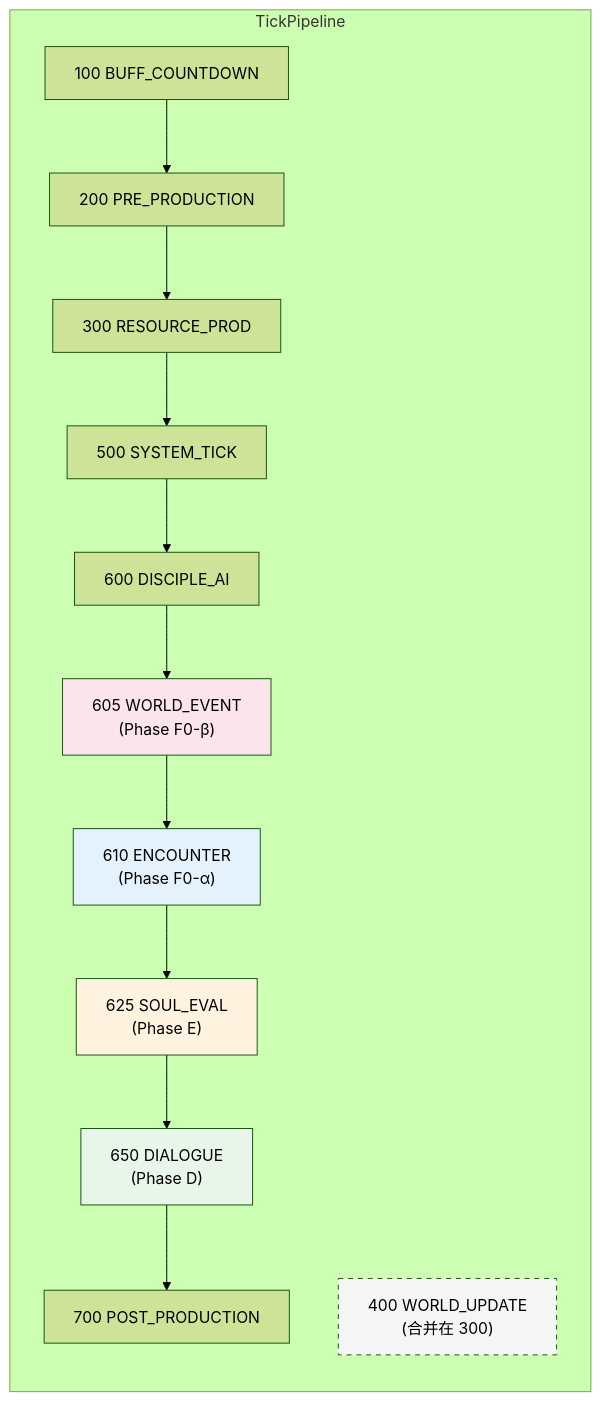
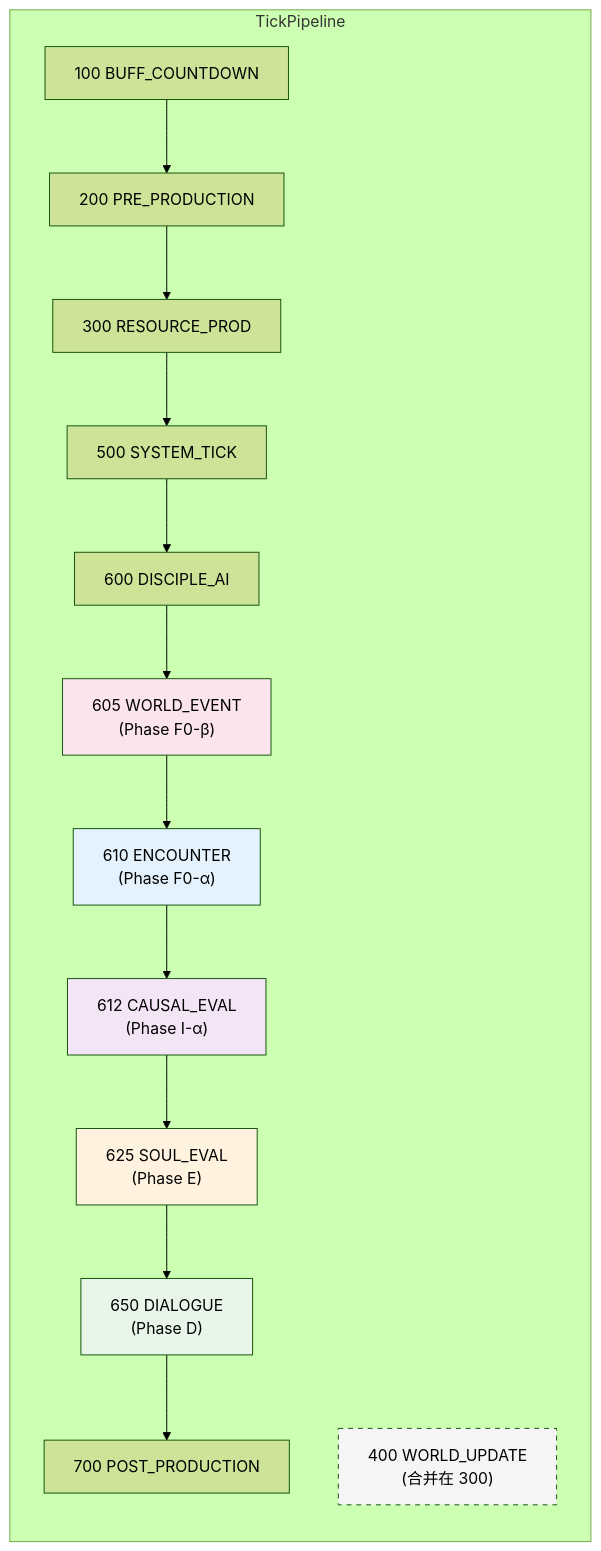
One commit to bennygray/7game changed the diagram in docs/design/arch/pipeline.md. Above: the diagram before and after it, drawn with Mermaid (forest theme). The commit also changed other lines of this file and 14 other files, not shown here.

````diff
--- a/docs/design/arch/pipeline.md
+++ b/docs/design/arch/pipeline.md
@@ -14,22 +14,24 @@
 ```mermaid
 graph LR
     subgraph Pipeline["TickPipeline"]
         P100["100 BUFF_COUNTDOWN"]
         P200["200 PRE_PRODUCTION"]
         P300["300 RESOURCE_PROD"]
         P400["400 WORLD_UPDATE<br>(合并在 300)"]
         P500["500 SYSTEM_TICK"]
         P600["600 DISCIPLE_AI"]
         P605["605 WORLD_EVENT<br>(Phase F0-β)"]
         P610["610 ENCOUNTER<br>(Phase F0-α)"]
+        P612["612 CAUSAL_EVAL<br>(Phase I-α)"]
         P625["625 SOUL_EVAL<br>(Phase E)"]
         P650["650 DIALOGUE<br>(Phase D)"]
         P700["700 POST_PRODUCTION"]
     end
-    P100 --> P200 --> P300 --> P500 --> P600 --> P605 --> P610 --> P625 --> P650 --> P700
+    P100 --> P200 --> P300 --> P500 --> P600 --> P605 --> P610 --> P612 --> P625 --> P650 --> P700
+    style P612 fill:#f3e5f5
     style P400 fill:#f5f5f5,stroke-dasharray: 5 5
     style P605 fill:#fce4ec
     style P610 fill:#e3f2fd
     style P625 fill:#fff3e0
     style P650 fill:#e8f5e9
 ```
````
